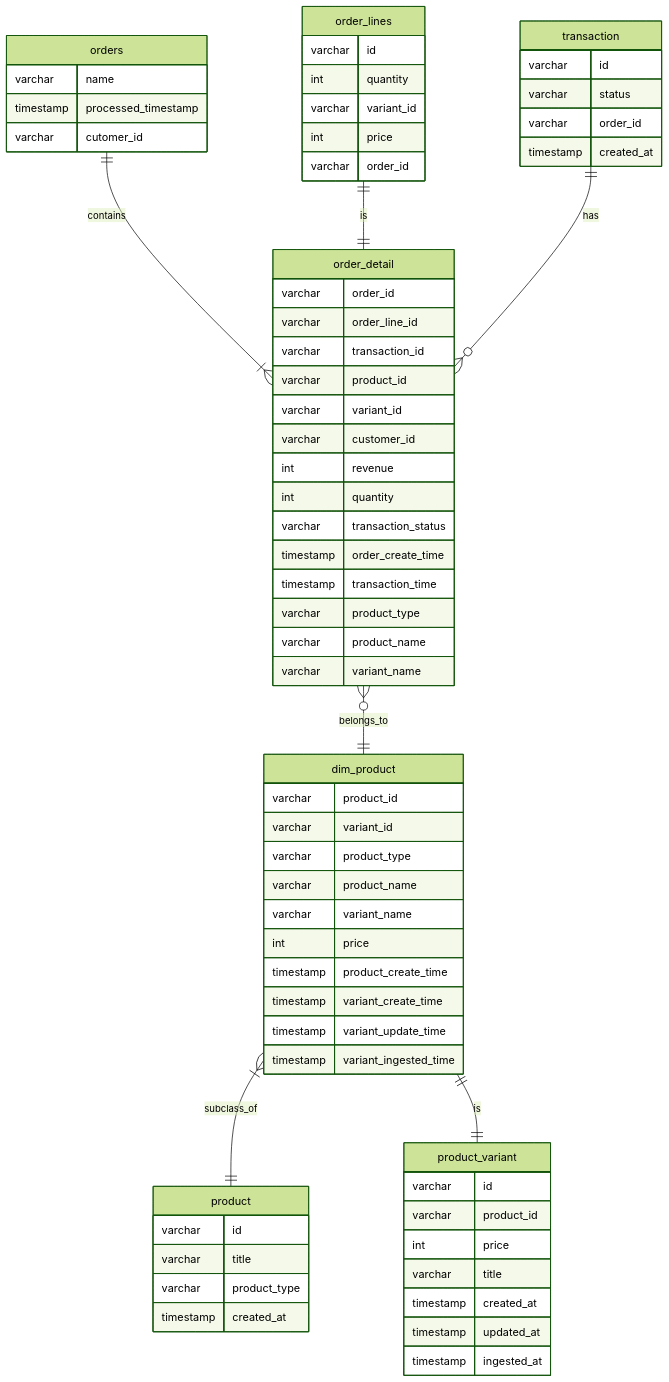
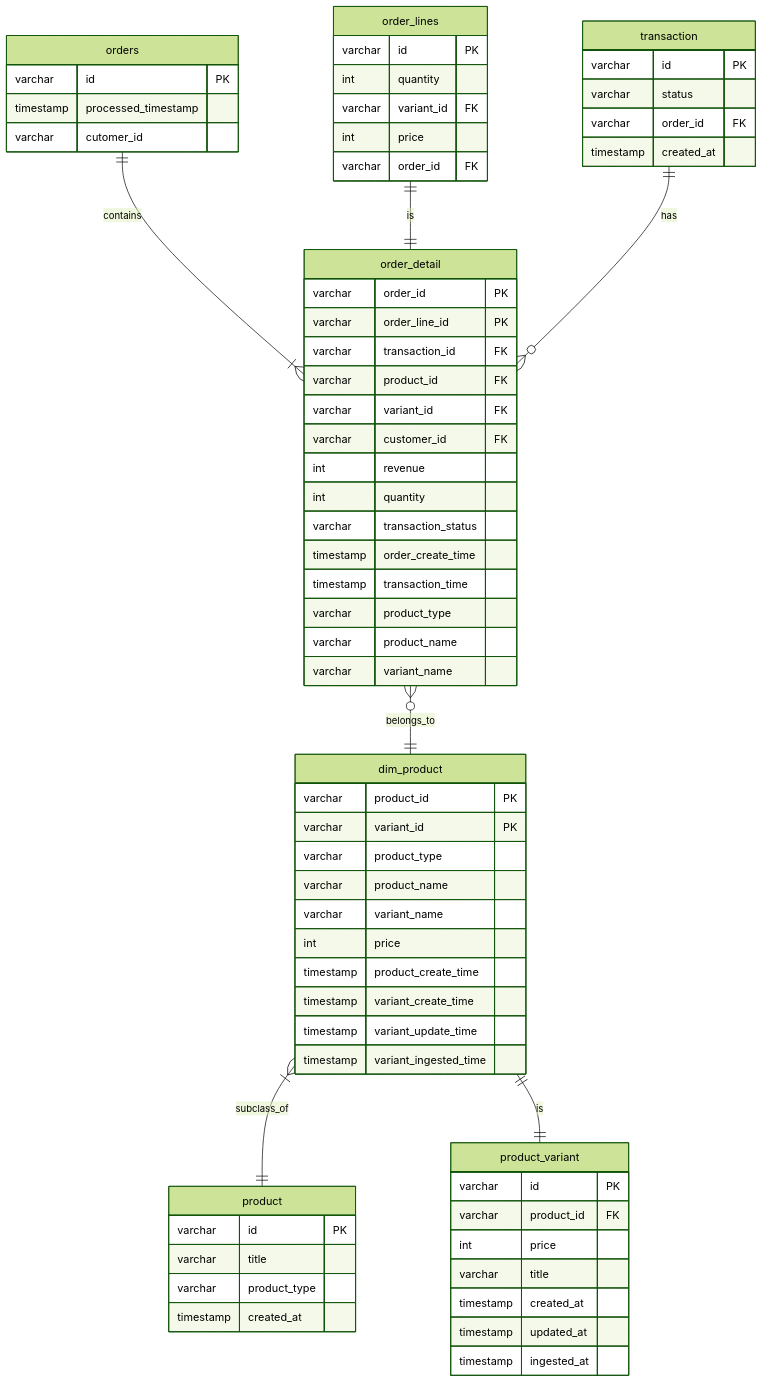
The first of 3 diagrams in README.md (angeladianas/sl_shopify_solution), drawn with Mermaid (forest theme) before and after one commit. The commit also changed other lines of this file, not shown here.

````diff
--- a/README.md
+++ b/README.md
@@ -11,70 +34,70 @@
 ```mermaid
 erDiagram
     order_detail {
-        varchar order_id
-        varchar order_line_id
-        varchar transaction_id
-        varchar product_id
-        varchar variant_id
-        varchar customer_id
+        varchar order_id PK
+        varchar order_line_id PK
+        varchar transaction_id FK
+        varchar product_id FK
+        varchar variant_id FK
+        varchar customer_id FK
         int revenue
         int quantity
         varchar transaction_status
         timestamp order_create_time
         timestamp transaction_time
         varchar product_type
         varchar product_name
         varchar variant_name
     }
     orders {
-        varchar name
+        varchar id PK
         timestamp processed_timestamp
         varchar cutomer_id
     }
     order_lines {
-        varchar id
+        varchar id PK
         int quantity
-        varchar variant_id
+        varchar variant_id FK
         int price
-        varchar order_id
+        varchar order_id FK
     }
     transaction {
-        varchar id
+        varchar id PK
         varchar status
-        varchar order_id
+        varchar order_id FK
         timestamp created_at
     }
     product_variant {
-        varchar id
-        varchar product_id
+        varchar id PK
+        varchar product_id FK
         int price
         varchar title
         timestamp created_at
         timestamp updated_at
         timestamp ingested_at
     }
     product {
-        varchar id
+        varchar id PK
         varchar title
         varchar product_type
         timestamp created_at
     }
     dim_product {
-        varchar product_id
-        varchar variant_id
+        varchar product_id PK
+        varchar variant_id PK
         varchar product_type
         varchar product_name
         varchar variant_name
         int price
         timestamp product_create_time
         timestamp variant_create_time
         timestamp variant_update_time
         timestamp variant_ingested_time
     }
     orders ||--|{ order_detail : contains
     order_lines ||--|| order_detail : is
     transaction ||--o{ order_detail : has
     dim_product }|--|| product : subclass_of
     dim_product ||--|| product_variant : is
     order_detail }o--|| dim_product : belongs_to
 ```
````
